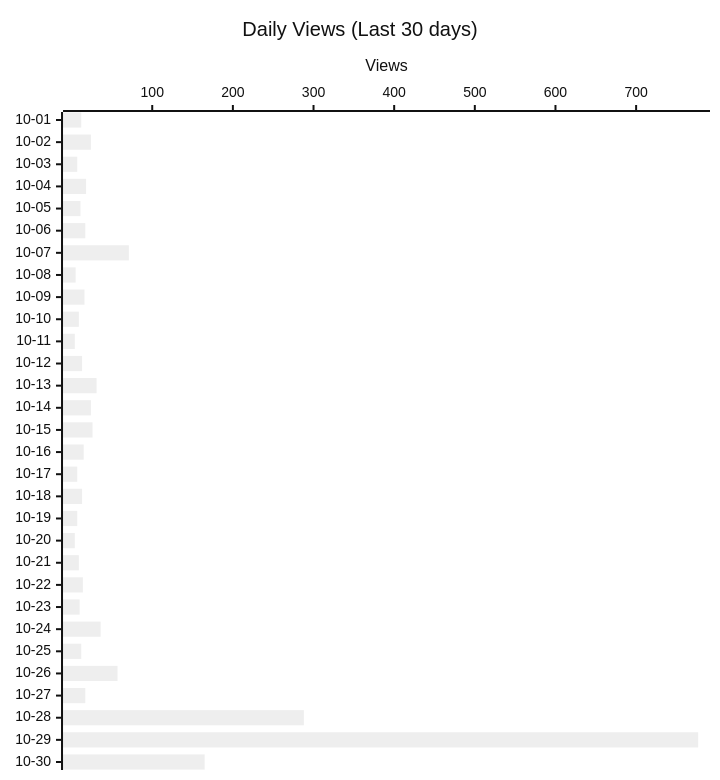
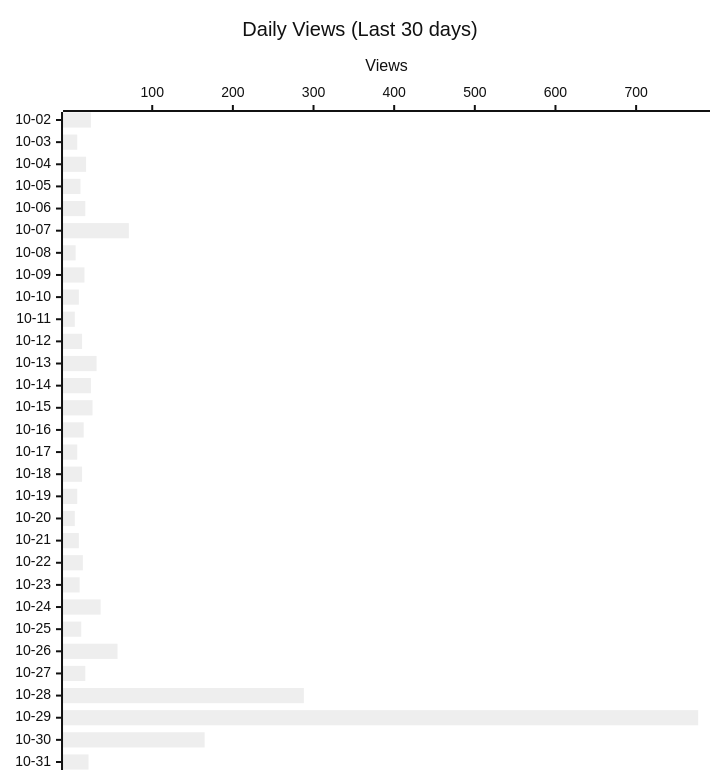
The second of 4 diagrams in README.md (shigechika/github-insights), drawn with Mermaid (neutral theme) before and after one commit. The commit also changed other lines of this file and 1 other file, not shown here.

````diff
--- a/README.md
+++ b/README.md
@@ -28,12 +28,12 @@
 ```mermaid
 ---
 config:
   xyChart:
     height: 760
 ---
 xychart-beta horizontal
     title "Daily Views (Last 30 days)"
-    x-axis ["10-01", "10-02", "10-03", "10-04", "10-05", "10-06", "10-07", "10-08", "10-09", "10-10", "10-11", "10-12", "10-13", "10-14", "10-15", "10-16", "10-17", "10-18", "10-19", "10-20", "10-21", "10-22", "10-23", "10-24", "10-25", "10-26", "10-27", "10-28", "10-29", "10-30"]
+    x-axis ["10-02", "10-03", "10-04", "10-05", "10-06", "10-07", "10-08", "10-09", "10-10", "10-11", "10-12", "10-13", "10-14", "10-15", "10-16", "10-17", "10-18", "10-19", "10-20", "10-21", "10-22", "10-23", "10-24", "10-25", "10-26", "10-27", "10-28", "10-29", "10-30", "10-31"]
     y-axis "Views"
-    bar [12, 24, 7, 18, 11, 17, 71, 5, 16, 9, 4, 13, 31, 24, 26, 15, 7, 13, 7, 4, 9, 14, 10, 36, 12, 57, 17, 288, 777, 165]
+    bar [24, 7, 18, 11, 17, 71, 5, 16, 9, 4, 13, 31, 24, 26, 15, 7, 13, 7, 4, 9, 14, 10, 36, 12, 57, 17, 288, 777, 165, 21]
 ```
````
